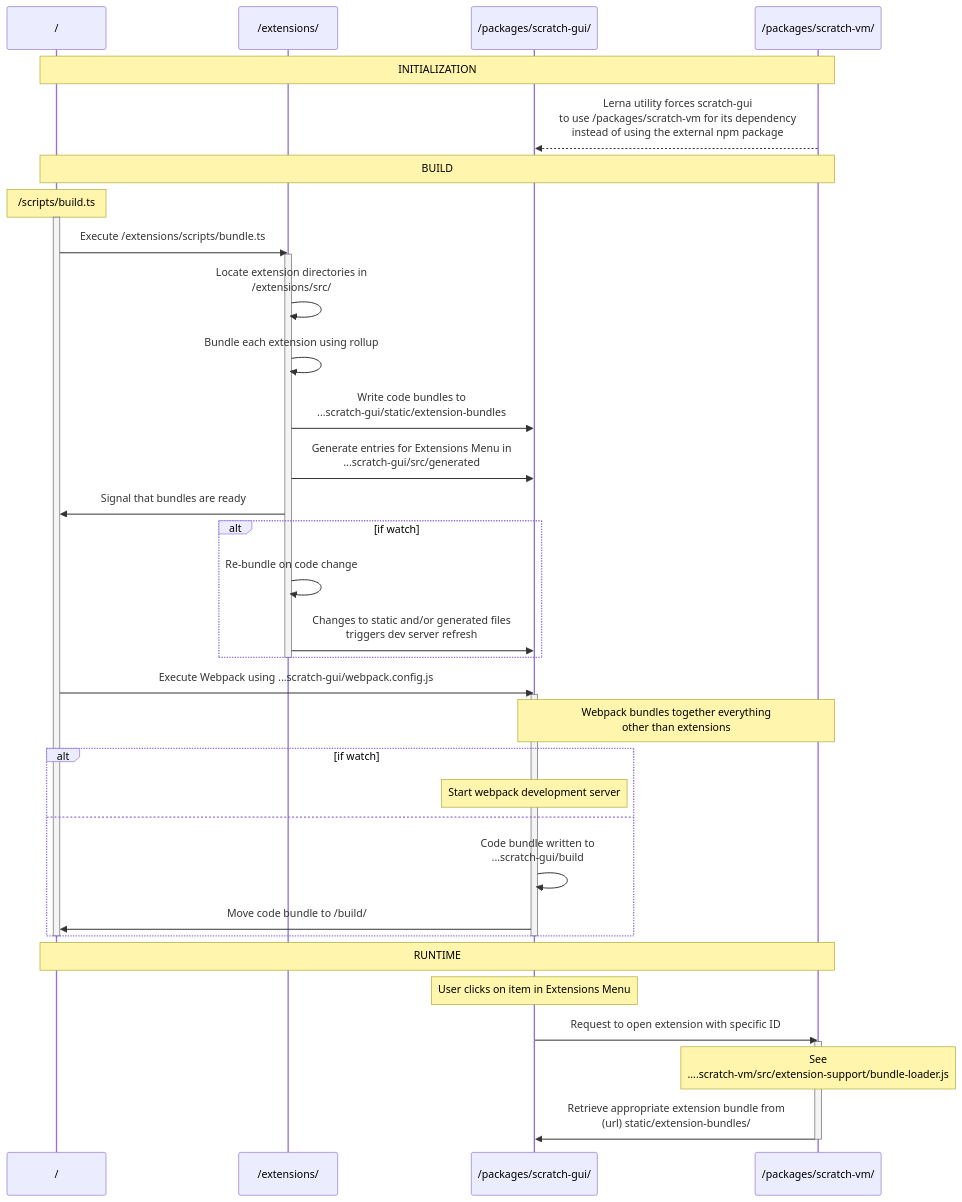
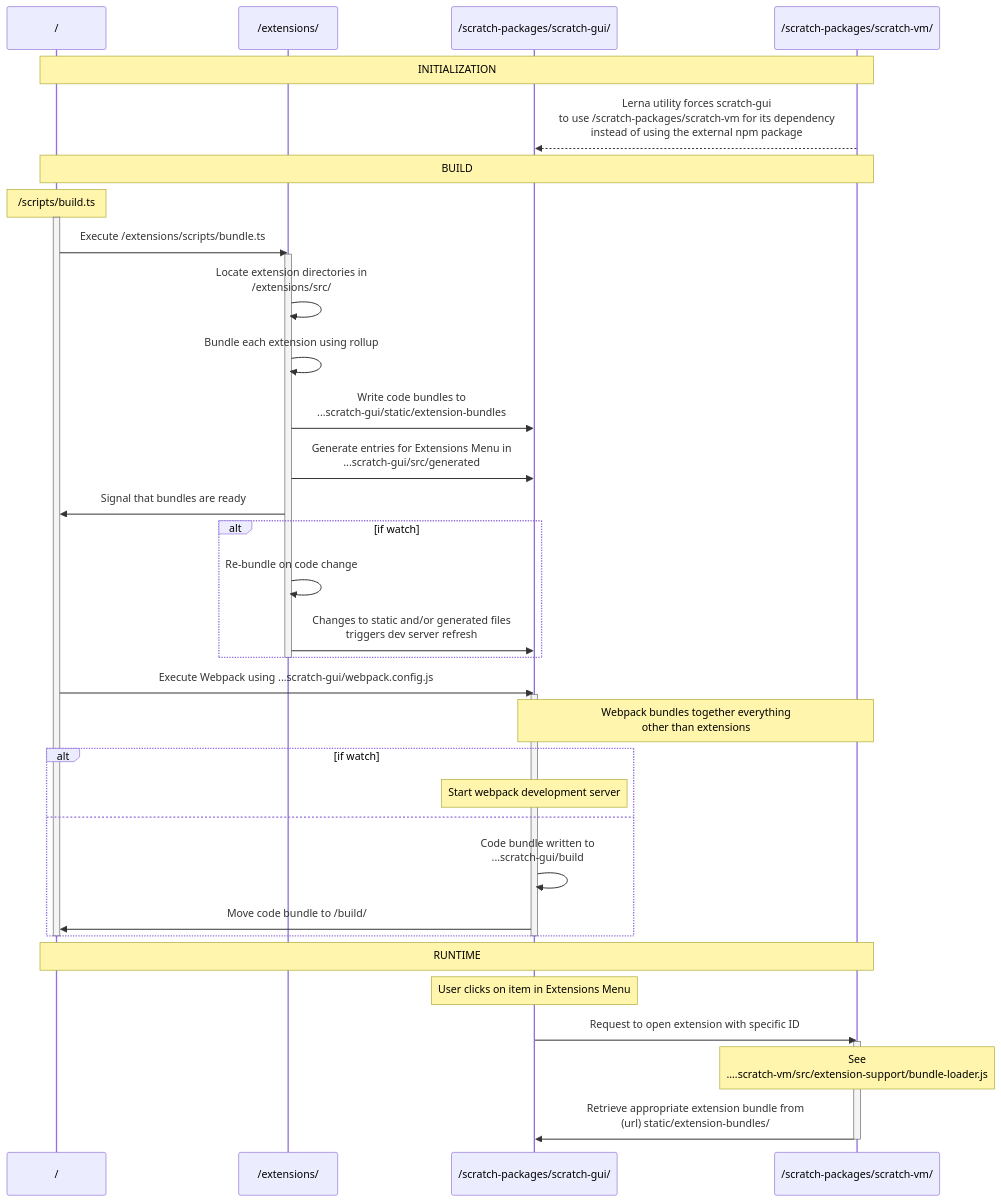
The diagram in extensions/documentation/src/reference/README.md (mitmedialab/prg-raise-playground), drawn with Mermaid before and after one commit. The commit also changed 1556 other files, not shown here.

````diff
--- a/extensions/documentation/src/reference/README.md
+++ b/extensions/documentation/src/reference/README.md
@@ -4,42 +4,42 @@
 ```mermaid
 sequenceDiagram
     participant root as /
     participant A as /extensions/
-    participant B as /packages/scratch-gui/
-    participant C as /packages/scratch-vm/
+    participant B as /scratch-packages/scratch-gui/
+    participant C as /scratch-packages/scratch-vm/
     Note over root,C: INITIALIZATION
-    C-->>B: Lerna utility forces scratch-gui <br>to use /packages/scratch-vm for its dependency <br>instead of using the external npm package
+    C-->>B: Lerna utility forces scratch-gui <br>to use /scratch-packages/scratch-vm for its dependency <br>instead of using the external npm package
     Note over root,C: BUILD
     Note over root: /scripts/build.ts
     activate root
     root->>A: Execute /extensions/scripts/bundle.ts
     activate A
     A->>A: Locate extension directories in <br> /extensions/src/
     A->>A: Bundle each extension using rollup
     A->>B: Write code bundles to <br> ...scratch-gui/static/extension-bundles
     A->>B: Generate entries for Extensions Menu in <br>...scratch-gui/src/generated
     A->>root: Signal that bundles are ready
     alt if watch
         A->>A: Re-bundle on code change
         A->>B: Changes to static and/or generated files <br>triggers dev server refresh
     end
     deactivate A
     root->>B: Execute Webpack using ...scratch-gui/webpack.config.js
     activate B
     Note over B,C: Webpack bundles together everything <br>other than extensions
     alt if watch
         Note over B: Start webpack development server
     else 
         B->>B: Code bundle written to <br>...scratch-gui/build
         B->>root: Move code bundle to /build/
     end
     deactivate B
     deactivate root
     Note over root,C: RUNTIME
     Note over B: User clicks on item in Extensions Menu
     B->>C: Request to open extension with specific ID
     activate C
     Note over C: See <br>....scratch-vm/src/extension-support/bundle-loader.js
     C->>B: Retrieve appropriate extension bundle from <br> (url) static/extension-bundles/
     deactivate C
 ```
````
